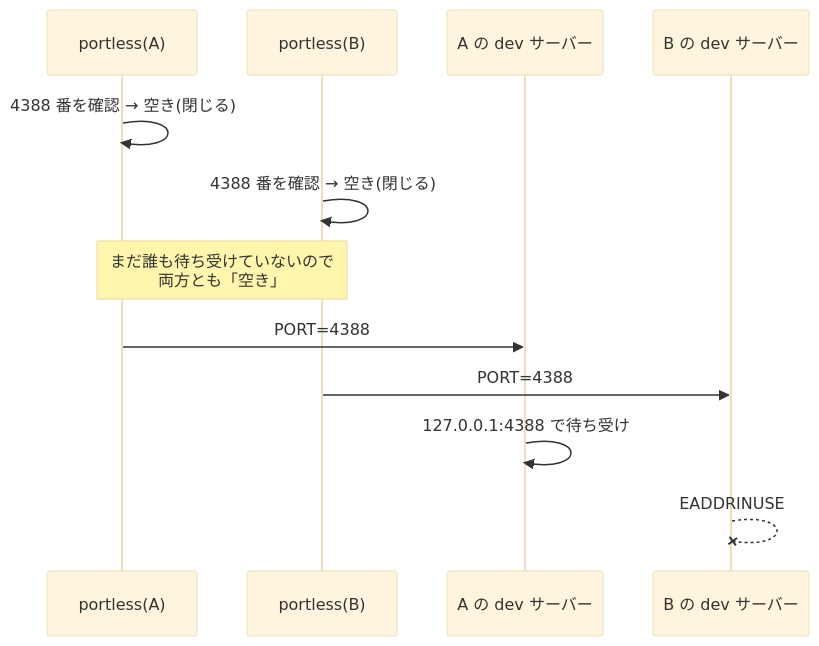
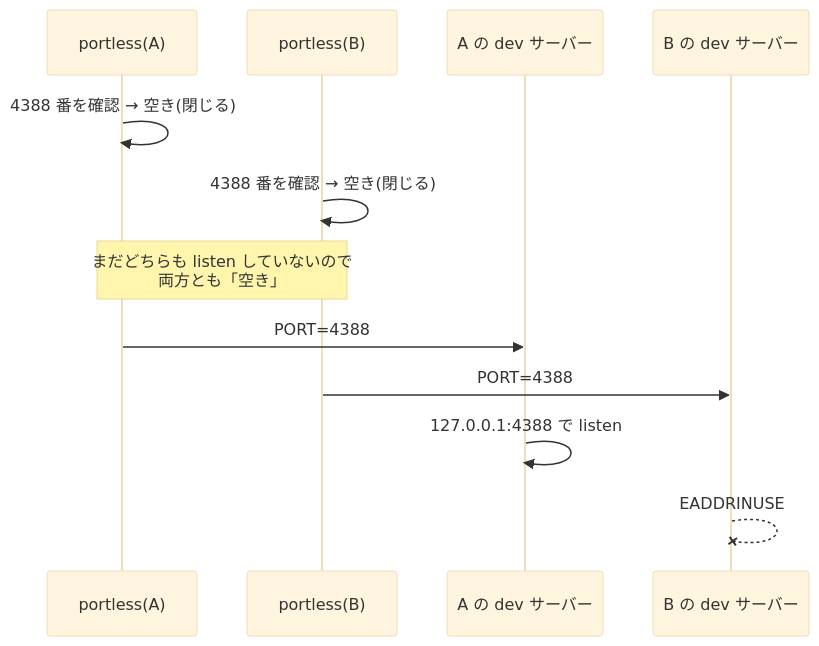
Diagram 19 of 22 in src/content/blog/worktree-isolation-clonefile-portless.mdx (rikukaInoue/rikukadev), drawn with Mermaid (base theme) before and after one commit. The commit also changed other lines of this file, not shown here.

````diff
--- a/src/content/blog/worktree-isolation-clonefile-portless.mdx
+++ b/src/content/blog/worktree-isolation-clonefile-portless.mdx
@@ -800,15 +800,15 @@
 ```mermaid
 sequenceDiagram
     participant PA as portless(A)
     participant PB as portless(B)
     participant AA as A の dev サーバー
     participant AB as B の dev サーバー
 
     PA->>PA: 4388 番を確認 → 空き(閉じる)
     PB->>PB: 4388 番を確認 → 空き(閉じる)
-    Note over PA,PB: まだ誰も待ち受けていないので<br/>両方とも「空き」
+    Note over PA,PB: まだどちらも listen していないので<br/>両方とも「空き」
     PA->>AA: PORT=4388
     PB->>AB: PORT=4388
-    AA->>AA: 127.0.0.1:4388 で待ち受け
+    AA->>AA: 127.0.0.1:4388 で listen
     AB--xAB: EADDRINUSE
 ```
````
